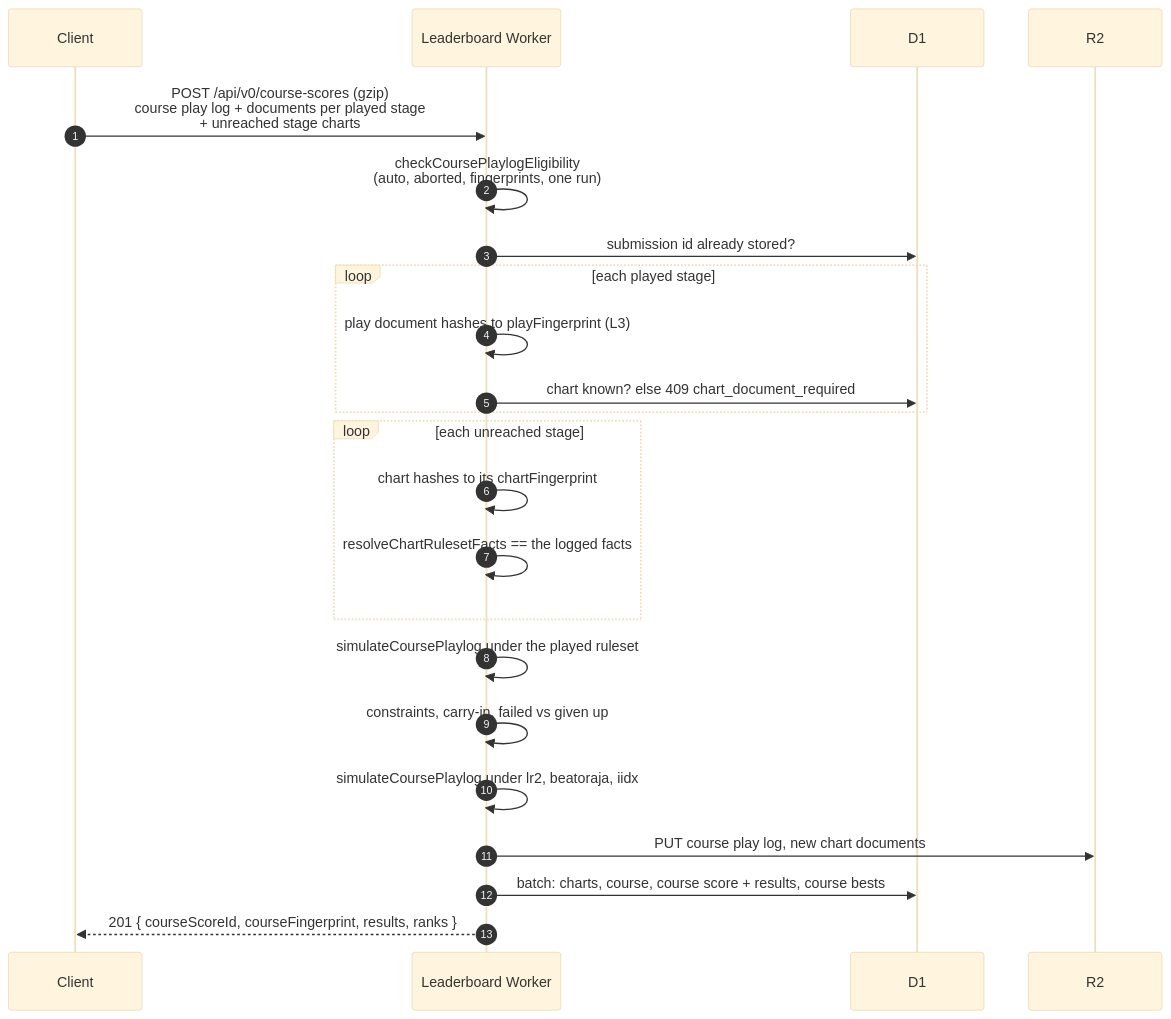
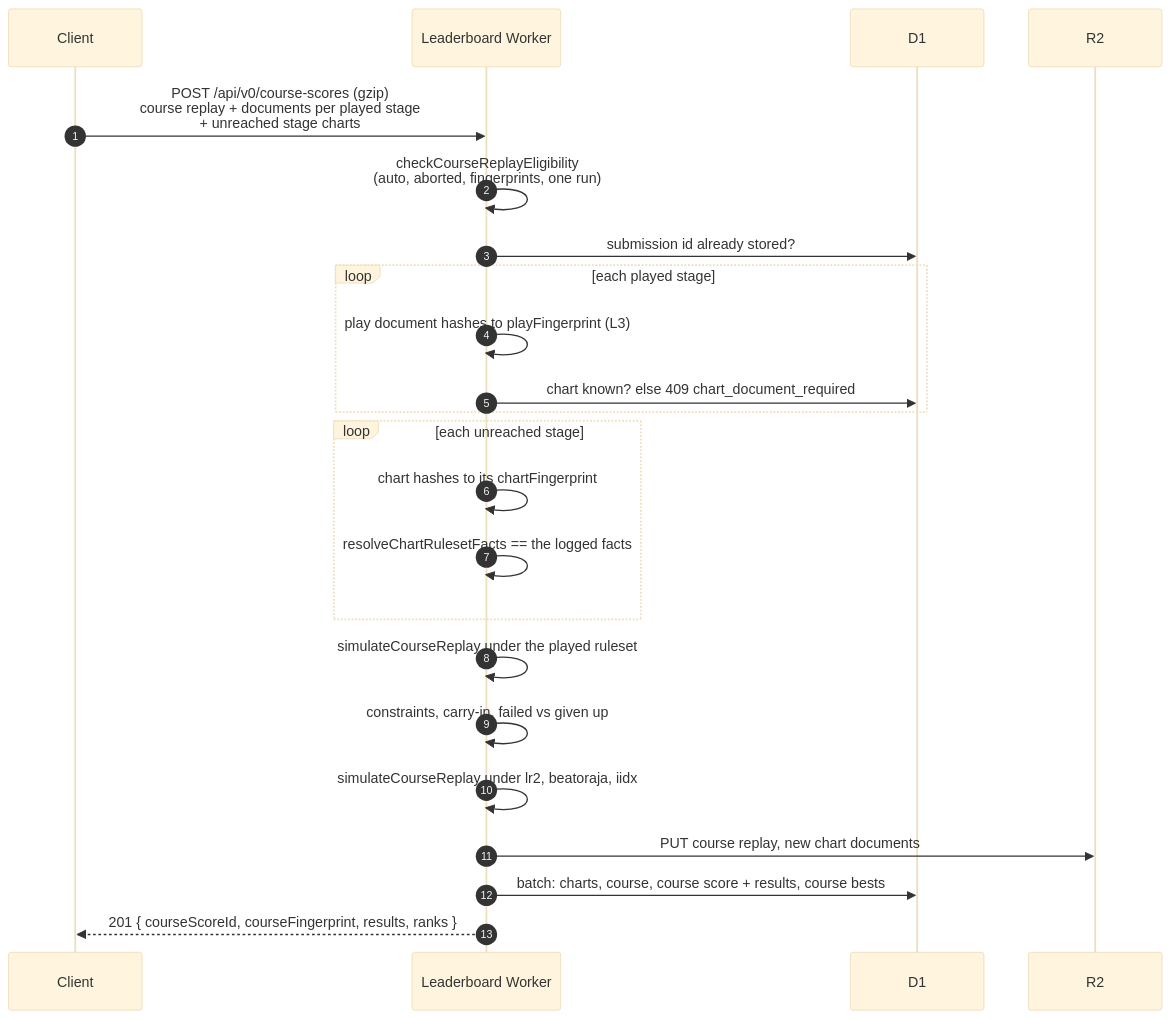
The third of 4 diagrams in docs/leaderboard.md (nulltask/be-music), drawn with Mermaid (base theme) before and after one commit. The commit also changed other lines of this file and 603 other files, not shown here.

Commit message:
refactor: align chart, replay, and judgment terminology

````diff
--- a/docs/leaderboard.md
+++ b/docs/leaderboard.md
@@ -313,26 +313,26 @@
 ```mermaid
 sequenceDiagram
     autonumber
     participant C as Client
     participant A as Leaderboard Worker
     participant D as D1
     participant R as R2
 
-    C->>A: POST /api/v0/course-scores (gzip)<br/>course play log + documents per played stage<br/>+ unreached stage charts
-    A->>A: checkCoursePlaylogEligibility<br/>(auto, aborted, fingerprints, one run)
+    C->>A: POST /api/v0/course-scores (gzip)<br/>course replay + documents per played stage<br/>+ unreached stage charts
+    A->>A: checkCourseReplayEligibility<br/>(auto, aborted, fingerprints, one run)
     A->>D: submission id already stored?
     loop each played stage
         A->>A: play document hashes to playFingerprint (L3)
         A->>D: chart known? else 409 chart_document_required
     end
     loop each unreached stage
         A->>A: chart hashes to its chartFingerprint
         A->>A: resolveChartRulesetFacts == the logged facts
     end
-    A->>A: simulateCoursePlaylog under the played ruleset
+    A->>A: simulateCourseReplay under the played ruleset
     A->>A: constraints, carry-in, failed vs given up
-    A->>A: simulateCoursePlaylog under lr2, beatoraja, iidx
-    A->>R: PUT course play log, new chart documents
+    A->>A: simulateCourseReplay under lr2, beatoraja, iidx
+    A->>R: PUT course replay, new chart documents
     A->>D: batch: charts, course, course score + results, course bests
     A-->>C: 201 { courseScoreId, courseFingerprint, results, ranks }
 ```
````
